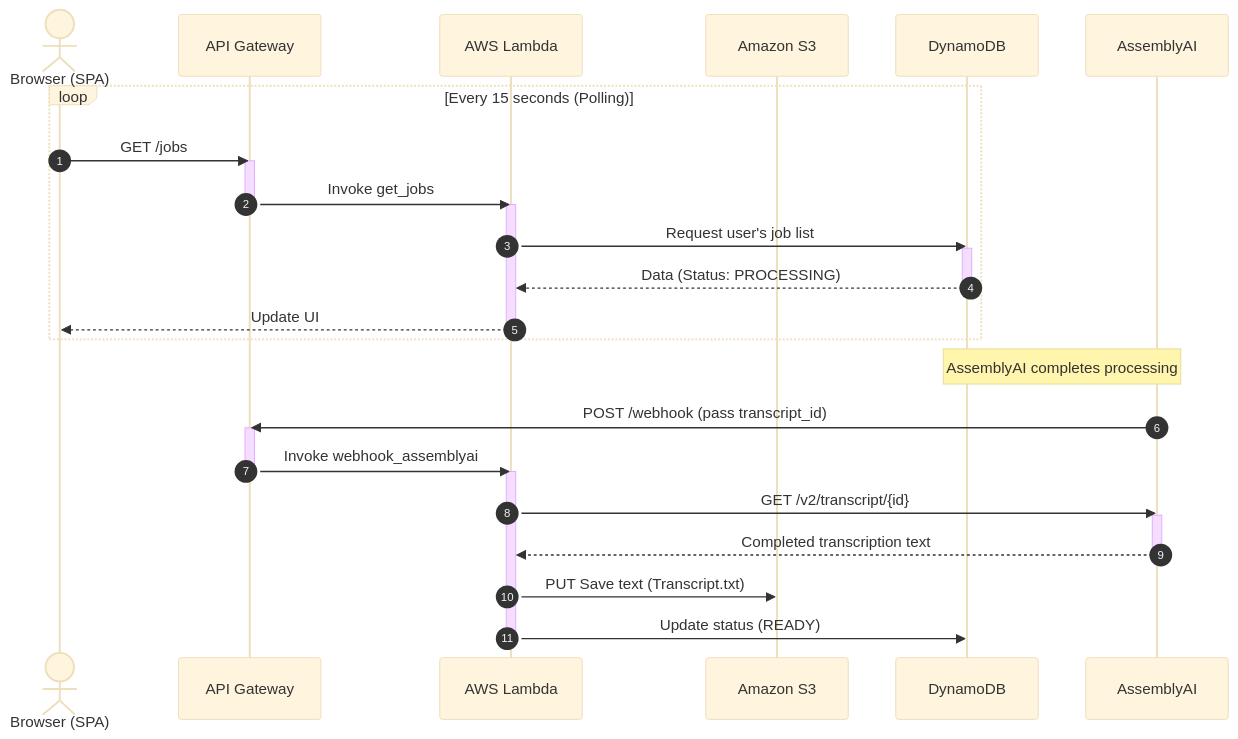
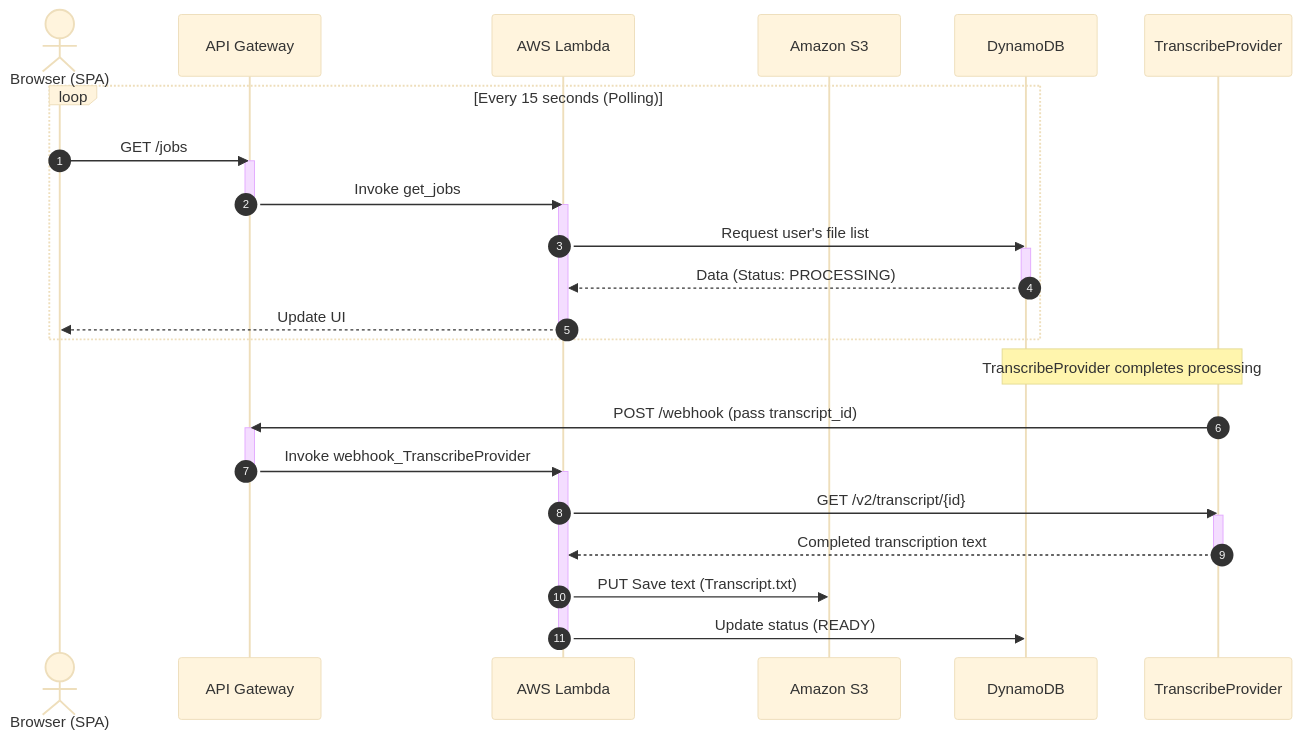
One commit to flatura/portfolio changed the fourth of 5 diagrams in docs/en/projects/serverless_transcriber/06-architecture-and-integrations.md. Above: the diagram before and after it, drawn with Mermaid (base theme). The commit also changed other lines of this file and 22 other files, not shown here.

Commit message:
Update serverless transcriber documentation: refine technology stack, enhance context and problem descriptions, clarify goals and requirements, and improve architecture and integration details.

````diff
--- a/docs/en/projects/serverless_transcriber/06-architecture-and-integrations.md
+++ b/docs/en/projects/serverless_transcriber/06-architecture-and-integrations.md
@@ -81,39 +100,40 @@
 ```mermaid
 sequenceDiagram
     autonumber
     
     actor U as Browser (SPA)
     participant API as API Gateway
     participant L as AWS Lambda
     participant S3 as Amazon S3
     participant DB as DynamoDB
-    participant AI as AssemblyAI
+    participant AI as TranscribeProvider
     
     loop Every 15 seconds (Polling)
         U->>API: GET /jobs
-        activate API
+        activate API 
         API->>L: Invoke get_jobs
         deactivate API
         activate L
-        L->>DB: Request user's job list
+        L->>DB: Request user's file list
         activate DB
         DB-->>L: Data (Status: PROCESSING)
         deactivate DB
         L-->>U: Update UI
         deactivate L
     end
 
-    Note over AI, DB: AssemblyAI completes processing
+    Note over AI, DB: TranscribeProvider completes processing
     AI->>API: POST /webhook (pass transcript_id)
     activate API
-    API->>L: Invoke webhook_assemblyai
+    API->>L: Invoke webhook_TranscribeProvider
     deactivate API
     activate L
     L->>AI: GET /v2/transcript/{id}
     activate AI
     AI-->>L: Completed transcription text
     deactivate AI
     L->>S3: PUT Save text (Transcript.txt)
     L->>DB: Update status (READY)
     deactivate L
+    
 ```
````
